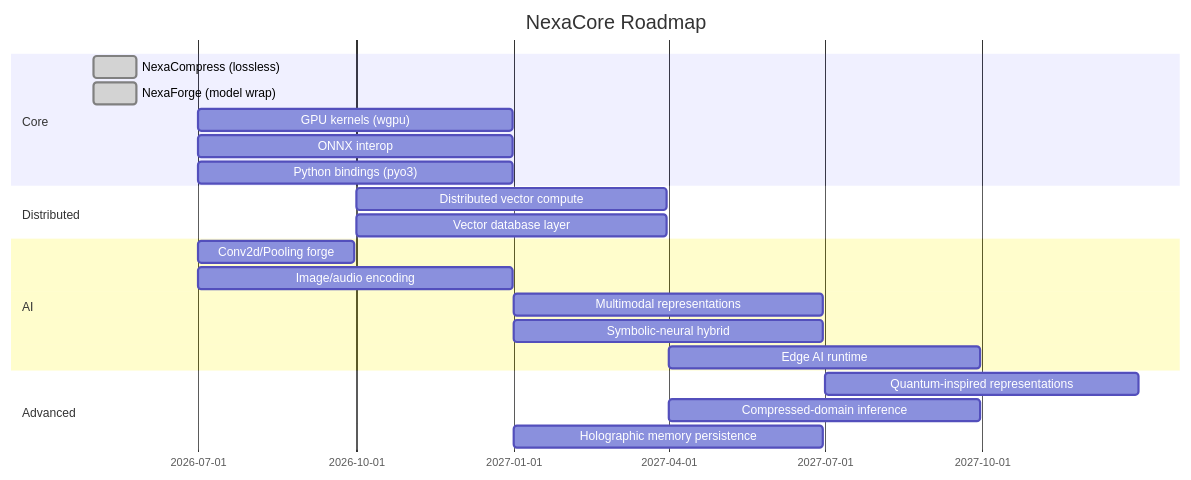
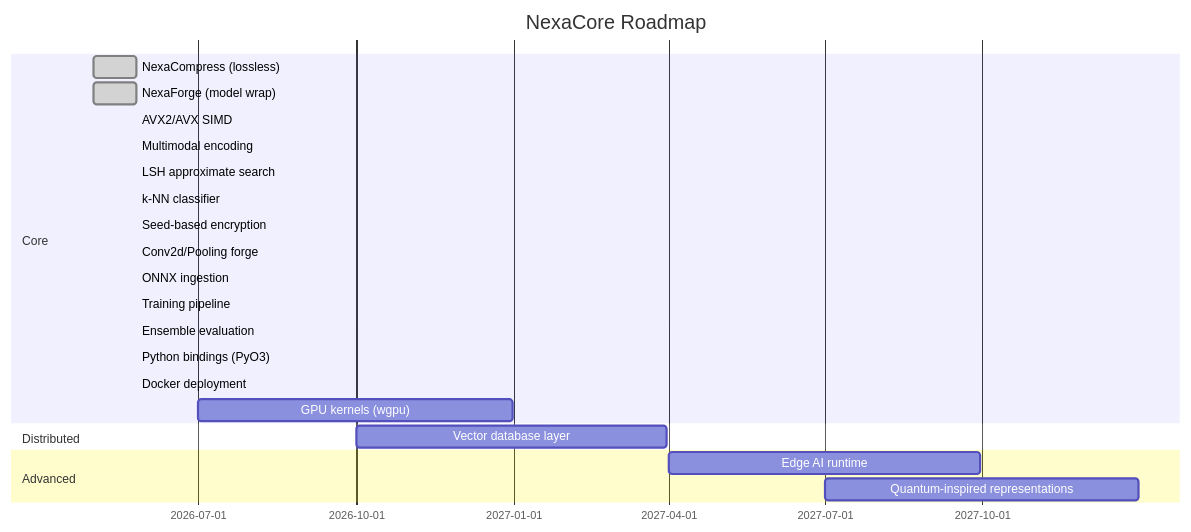
One commit to yablokolabs/nexa-core changed the tenth of 10 diagrams in README.md. Above: the diagram before and after it, drawn with Mermaid. The commit also changed other lines of this file and 14 other files, not shown here.

````diff
--- a/README.md
+++ b/README.md
@@ -913,24 +1143,25 @@
 ```mermaid
 gantt
     title NexaCore Roadmap
     dateFormat YYYY-MM-DD
     section Core
     NexaCompress (lossless)  :done, 2026-05-01, 2026-05-26
     NexaForge (model wrap)   :done, 2026-05-01, 2026-05-26
+    AVX2/AVX SIMD            :done, 2026-05-26, 2026-05-26
+    Multimodal encoding      :done, 2026-05-26, 2026-05-26
+    LSH approximate search   :done, 2026-05-26, 2026-05-26
+    k-NN classifier          :done, 2026-05-26, 2026-05-26
+    Seed-based encryption    :done, 2026-05-26, 2026-05-26
+    Conv2d/Pooling forge     :done, 2026-05-26, 2026-05-26
+    ONNX ingestion           :done, 2026-05-26, 2026-05-26
+    Training pipeline        :done, 2026-05-26, 2026-05-26
+    Ensemble evaluation      :done, 2026-05-26, 2026-05-26
+    Python bindings (PyO3)   :done, 2026-05-26, 2026-05-26
+    Docker deployment        :done, 2026-05-26, 2026-05-26
     GPU kernels (wgpu)       :2026-07-01, 2026-12-31
-    ONNX interop             :2026-07-01, 2026-12-31
-    Python bindings (pyo3)   :2026-07-01, 2026-12-31
     section Distributed
-    Distributed vector compute :2026-10-01, 2027-03-31
     Vector database layer    :2026-10-01, 2027-03-31
-    section AI
-    Conv2d/Pooling forge     :2026-07-01, 2026-09-30
-    Image/audio encoding     :2026-07-01, 2026-12-31
-    Multimodal representations :2027-01-01, 2027-06-30
-    Symbolic-neural hybrid   :2027-01-01, 2027-06-30
+    section Advanced
     Edge AI runtime          :2027-04-01, 2027-09-30
-    section Advanced
     Quantum-inspired representations :2027-07-01, 2027-12-31
-    Compressed-domain inference      :2027-04-01, 2027-09-30
-    Holographic memory persistence   :2027-01-01, 2027-06-30
 ```
````
